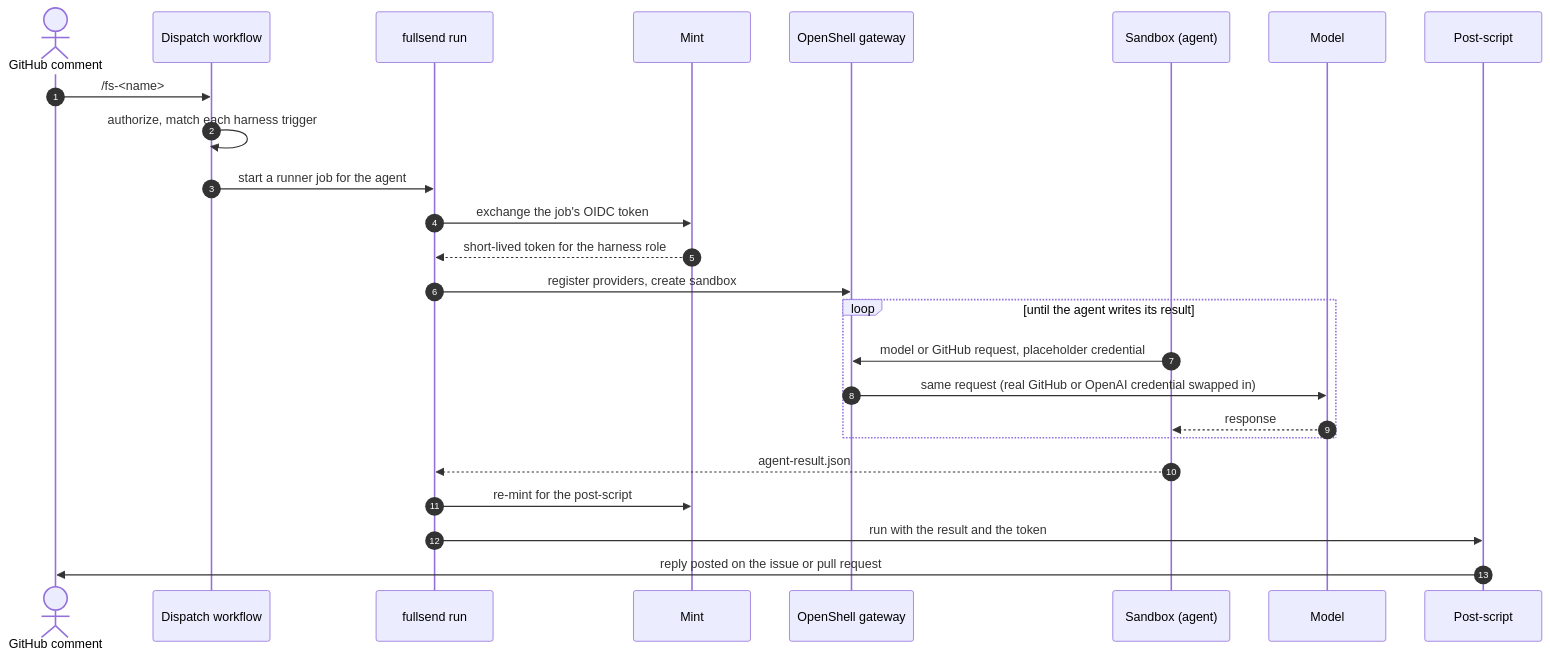
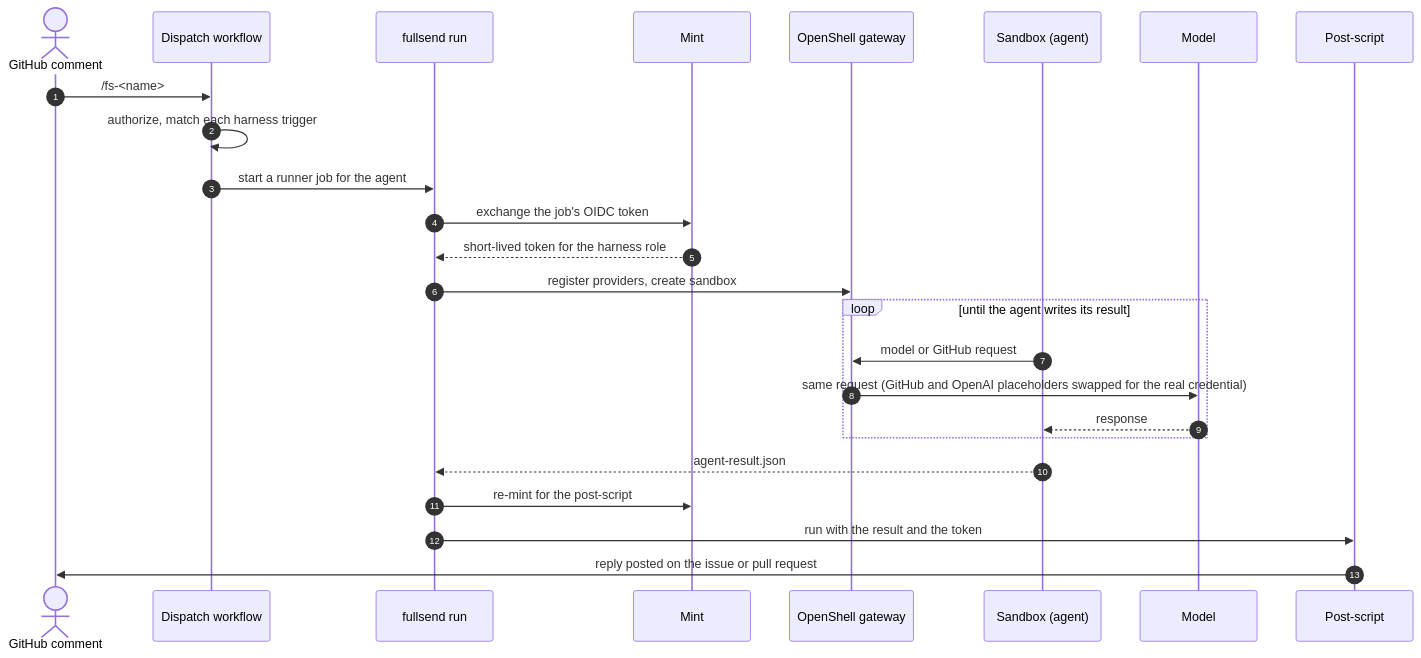
One commit to Benkapner/fullsend changed the diagram in docs/guides/user/bring-your-own-agent.md. Above: the diagram before and after it, drawn with Mermaid. The commit also changed other lines of this file, not shown here.

````diff
--- a/docs/guides/user/bring-your-own-agent.md
+++ b/docs/guides/user/bring-your-own-agent.md
@@ -139,28 +144,28 @@
 ```mermaid
 sequenceDiagram
   autonumber
   actor User as GitHub comment
   participant Dispatch as Dispatch workflow
   participant Runner as fullsend run
   participant Mint
   participant Gateway as OpenShell gateway
   participant Sandbox as Sandbox (agent)
   participant Model
   participant Post as Post-script
 
   User->>Dispatch: /fs-<name>
   Dispatch->>Dispatch: authorize, match each harness trigger
   Dispatch->>Runner: start a runner job for the agent
   Runner->>Mint: exchange the job's OIDC token
   Mint-->>Runner: short-lived token for the harness role
   Runner->>Gateway: register providers, create sandbox
   loop until the agent writes its result
-    Sandbox->>Gateway: model or GitHub request, placeholder credential
-    Gateway->>Model: same request (real GitHub or OpenAI credential swapped in)
+    Sandbox->>Gateway: model or GitHub request
+    Gateway->>Model: same request (GitHub and OpenAI placeholders swapped for the real credential)
     Model-->>Sandbox: response
   end
   Sandbox-->>Runner: agent-result.json
   Runner->>Mint: re-mint for the post-script
   Runner->>Post: run with the result and the token
   Post->>User: reply posted on the issue or pull request
 ```
````
